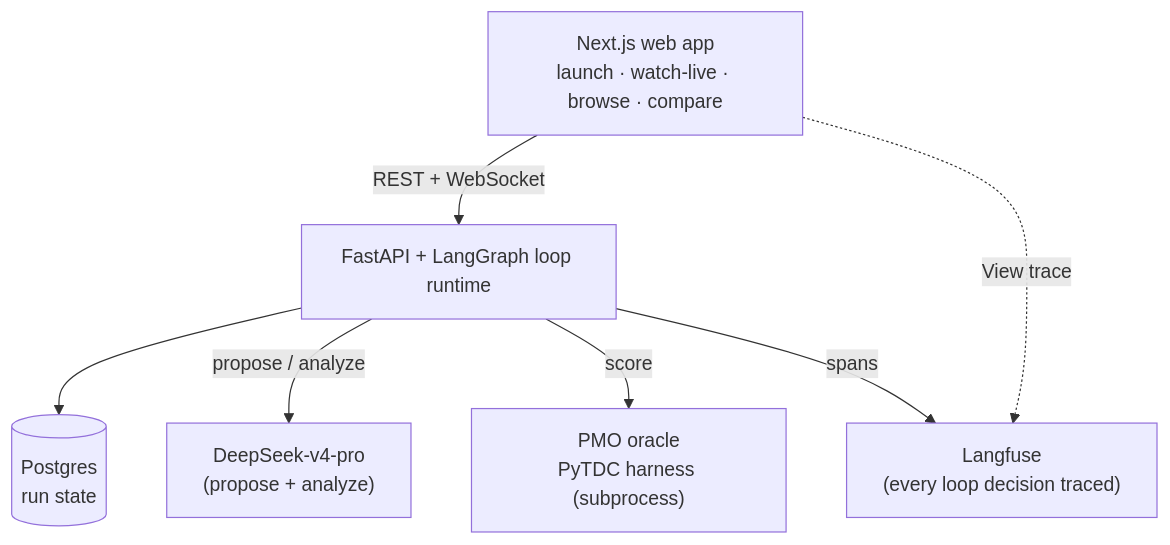
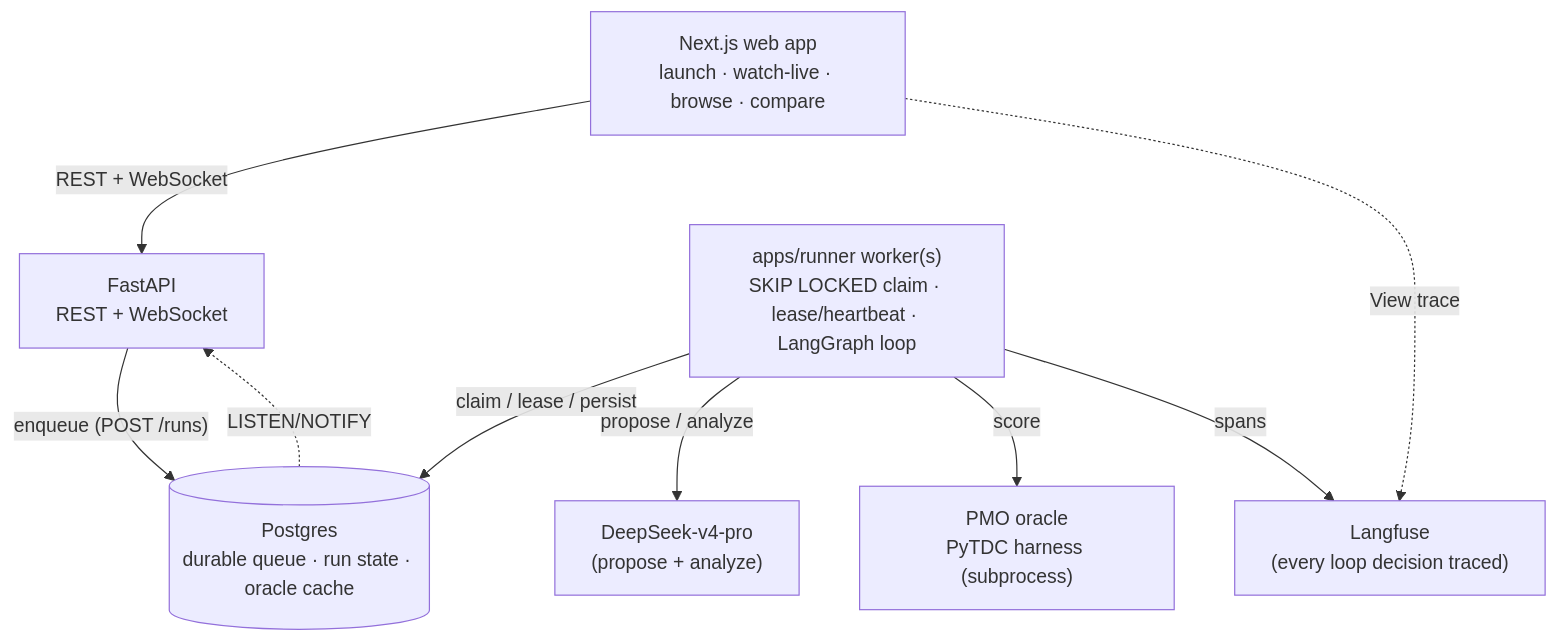
The second of 2 diagrams in README.md (ogngnaoh/capychem), drawn with Mermaid before and after one commit. The commit also changed other lines of this file and 1 other file, not shown here.

First line of the commit message:
docs(m08-s7): lead README with the backend + domain ELI5; add docs/architecture.md

````diff
--- a/README.md
+++ b/README.md
@@ -202,16 +238,19 @@
 ```mermaid
 flowchart TB
     W["Next.js web app<br/>launch · watch-live · browse · compare"]
-    API["FastAPI + LangGraph loop runtime"]
-    PG[("Postgres<br/>run state")]
+    API["FastAPI<br/>REST + WebSocket"]
+    PG[("Postgres<br/>durable queue · run state · oracle cache")]
+    RUN["apps/runner worker(s)<br/>SKIP LOCKED claim · lease/heartbeat · LangGraph loop"]
     LLM["DeepSeek-v4-pro<br/>(propose + analyze)"]
     OR["PMO oracle<br/>PyTDC harness (subprocess)"]
     LF["Langfuse<br/>(every loop decision traced)"]
 
     W -->|"REST + WebSocket"| API
-    API --> PG
-    API -->|"propose / analyze"| LLM
-    API -->|"score"| OR
-    API -->|"spans"| LF
+    API -->|"enqueue (POST /runs)"| PG
+    RUN -->|"claim / lease / persist"| PG
+    PG -.->|"LISTEN/NOTIFY"| API
+    RUN -->|"propose / analyze"| LLM
+    RUN -->|"score"| OR
+    RUN -->|"spans"| LF
     W -.->|"View trace"| LF
 ```
````
